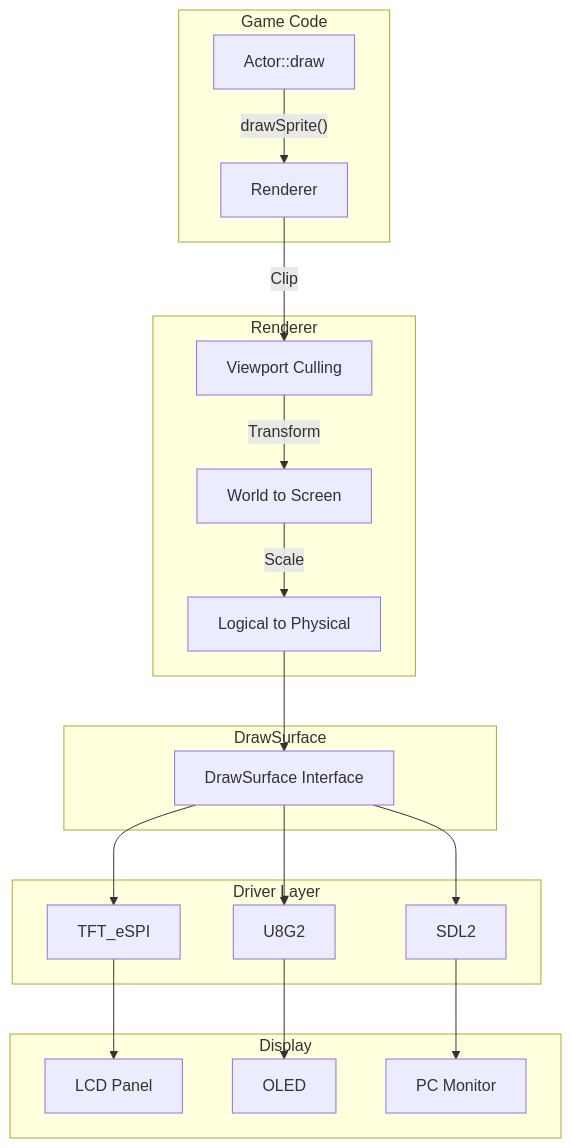
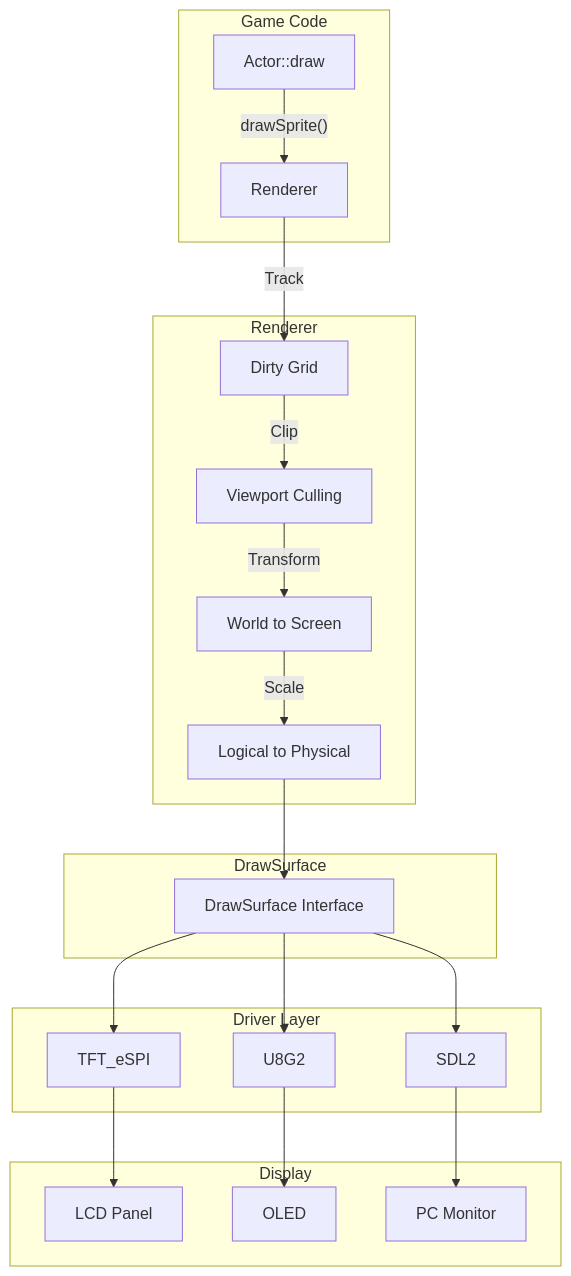
One commit to PixelRoot32-Game-Engine/PixelRoot32-Game-Engine changed the first of 7 diagrams in docs/architecture/layer-systems.md. Above: the diagram before and after it, drawn with Mermaid. The commit also changed other lines of this file and 50 other files, not shown here.

First line of the commit message:
feat(graphics): add dirty-region grid and static tilemap cache integration

````diff
--- a/docs/architecture/layer-systems.md
+++ b/docs/architecture/layer-systems.md
@@ -25,28 +25,29 @@
 ```mermaid
 flowchart TB
     subgraph Game["Game Code"]
         A[Actor::draw] -->|"drawSprite()"| B[Renderer]
     end
 
     subgraph RendererLayer["Renderer"]
-        B -->|"Clip"| C[Viewport Culling]
+        B -->|"Track"| DB[Dirty Grid]
+        DB -->|"Clip"| C[Viewport Culling]
         C -->|"Transform"| D[World to Screen]
         D -->|"Scale"| E[Logical to Physical]
     end
 
     subgraph Surface["DrawSurface"]
         E --> F[DrawSurface Interface]
     end
 
     subgraph Driver["Driver Layer"]
         F --> G[TFT_eSPI]
         F --> H[U8G2]
         F --> I[SDL2]
     end
 
     subgraph Display["Display"]
         G --> J[LCD Panel]
         H --> K[OLED]
         I --> L[PC Monitor]
     end
 ```
````
